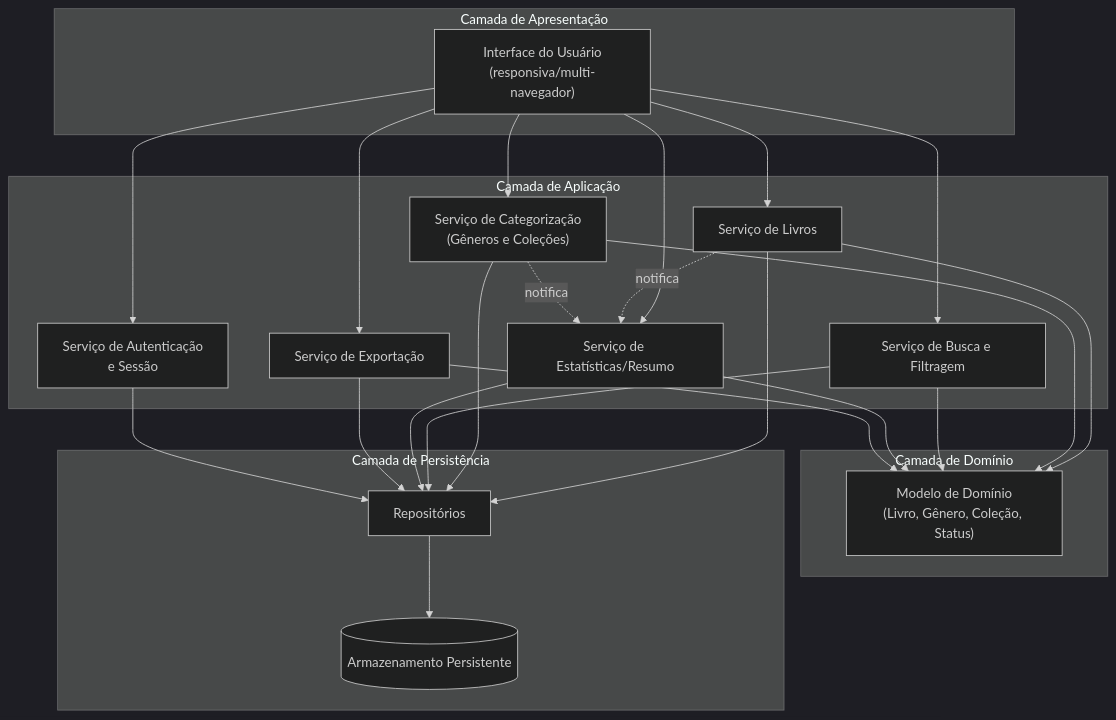
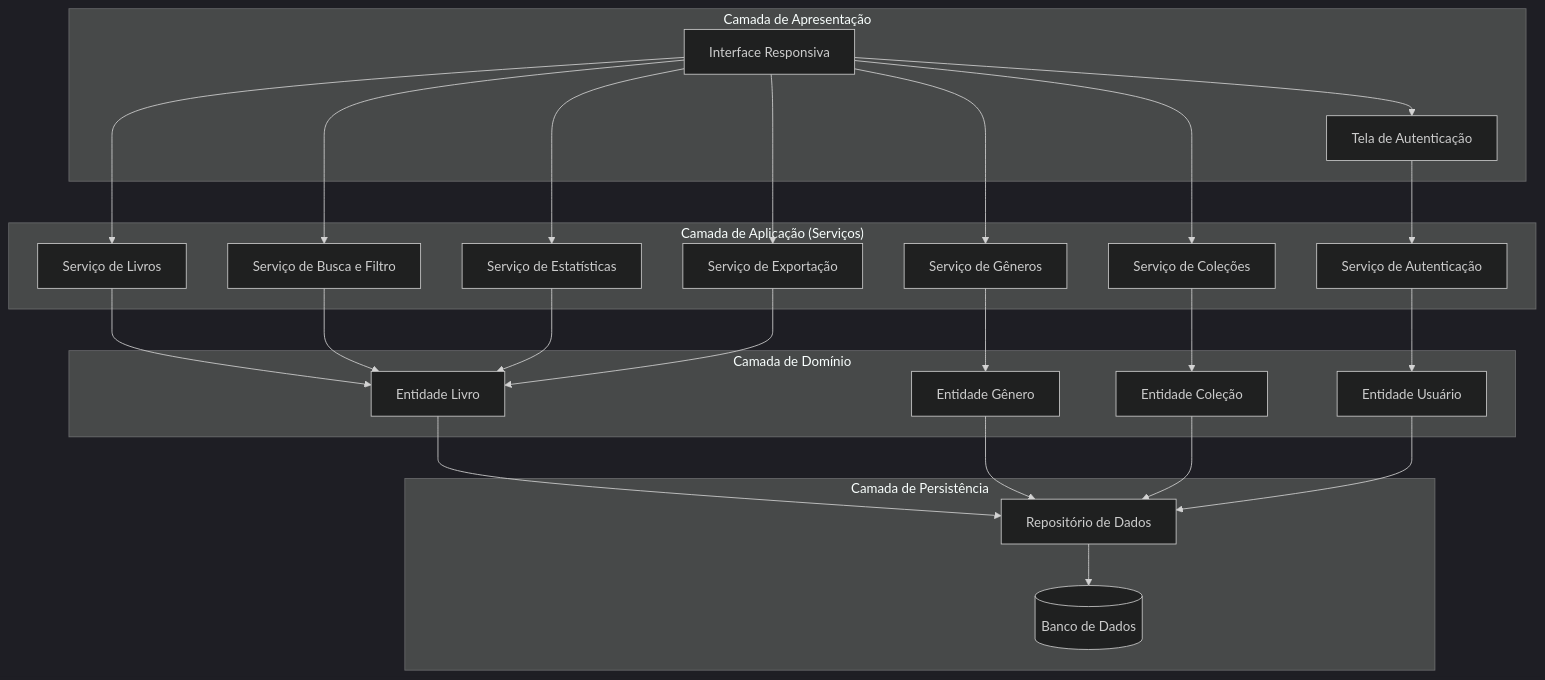
Before and after one commit to PDC-ESIA/AI4ES: the first of 4 diagrams in docs/Time_2_Design/analise-qualitativa/outputs/relatorio_claude_opus_4_8_P04.md, drawn with Mermaid (dark theme). The commit also changed other lines of this file and 107 other files, not shown here.

````diff
--- a/docs/Time_2_Design/analise-qualitativa/outputs/relatorio_claude_opus_4_8_P04.md
+++ b/docs/Time_2_Design/analise-qualitativa/outputs/relatorio_claude_opus_4_8_P04.md
@@ -27,48 +29,52 @@
 ```mermaid
 graph TD
-    subgraph Cliente["Camada de Apresentação"]
-        UI["Interface do Usuário<br/>(responsiva/multi-navegador)"]
+    subgraph Apresentacao["Camada de Apresentação"]
+        UI[Interface Responsiva]
+        AuthUI[Tela de Autenticação]
     end
 
-    subgraph Aplicacao["Camada de Aplicação"]
-        AUTH["Serviço de Autenticação<br/>e Sessão"]
-        BOOK["Serviço de Livros"]
-        CAT["Serviço de Categorização<br/>(Gêneros e Coleções)"]
-        QUERY["Serviço de Busca e Filtragem"]
-        STATS["Serviço de Estatísticas/Resumo"]
-        EXPORT["Serviço de Exportação"]
+    subgraph Aplicacao["Camada de Aplicação (Serviços)"]
+        AuthSvc[Serviço de Autenticação]
+        BookSvc[Serviço de Livros]
+        GenreSvc[Serviço de Gêneros]
+        CollSvc[Serviço de Coleções]
+        SearchSvc[Serviço de Busca e Filtro]
+        StatsSvc[Serviço de Estatísticas]
+        ExportSvc[Serviço de Exportação]
     end
 
     subgraph Dominio["Camada de Domínio"]
-        DM["Modelo de Domínio<br/>(Livro, Gênero, Coleção, Status)"]
+        BookModel[Entidade Livro]
+        GenreModel[Entidade Gênero]
+        CollModel[Entidade Coleção]
+        UserModel[Entidade Usuário]
     end
 
-    subgraph Infra["Camada de Persistência"]
-        REPO["Repositórios"]
-        DB[("Armazenamento Persistente")]
+    subgraph Persistencia["Camada de Persistência"]
+        Repo[Repositório de Dados]
+        DB[(Banco de Dados)]
     end
 
-    UI --> AUTH
-    UI --> BOOK
-    UI --> CAT
-    UI --> QUERY
-    UI --> STATS
-    UI --> EXPORT
+    UI --> AuthUI
+    AuthUI --> AuthSvc
+    UI --> BookSvc
+    UI --> GenreSvc
+    UI --> CollSvc
+    UI --> SearchSvc
+    UI --> StatsSvc
+    UI --> ExportSvc
 
-    BOOK --> DM
-    CAT --> DM
-    QUERY --> DM
-    STATS --> DM
-    EXPORT --> DM
+    AuthSvc --> UserModel
+    BookSvc --> BookModel
+    GenreSvc --> GenreModel
+    CollSvc --> CollModel
+    SearchSvc --> BookModel
+    StatsSvc --> BookModel
+    ExportSvc --> BookModel
 
-    BOOK --> REPO
-    CAT --> REPO
-    QUERY --> REPO
-    STATS --> REPO
-    EXPORT --> REPO
-    AUTH --> REPO
-    REPO --> DB
-
-    BOOK -. notifica .-> STATS
-    CAT -. notifica .-> STATS
+    BookModel --> Repo
+    GenreModel --> Repo
+    CollModel --> Repo
+    UserModel --> Repo
+    Repo --> DB
 ```
````
